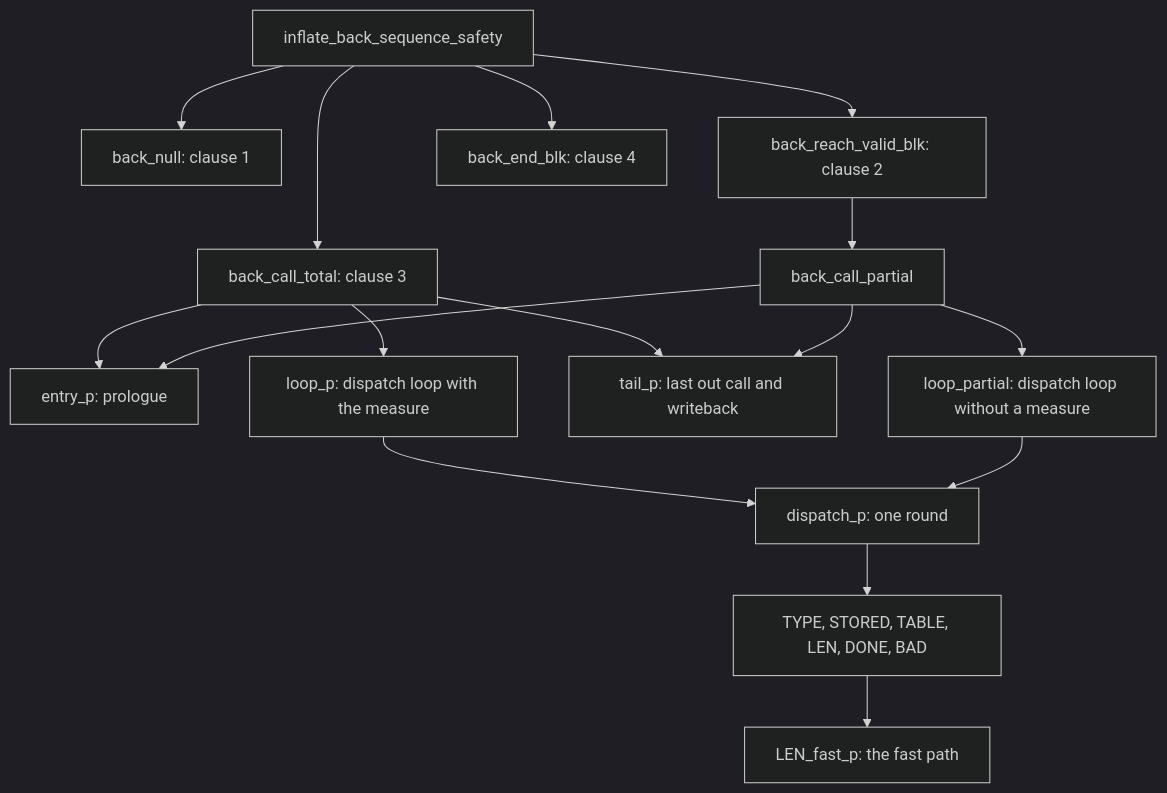
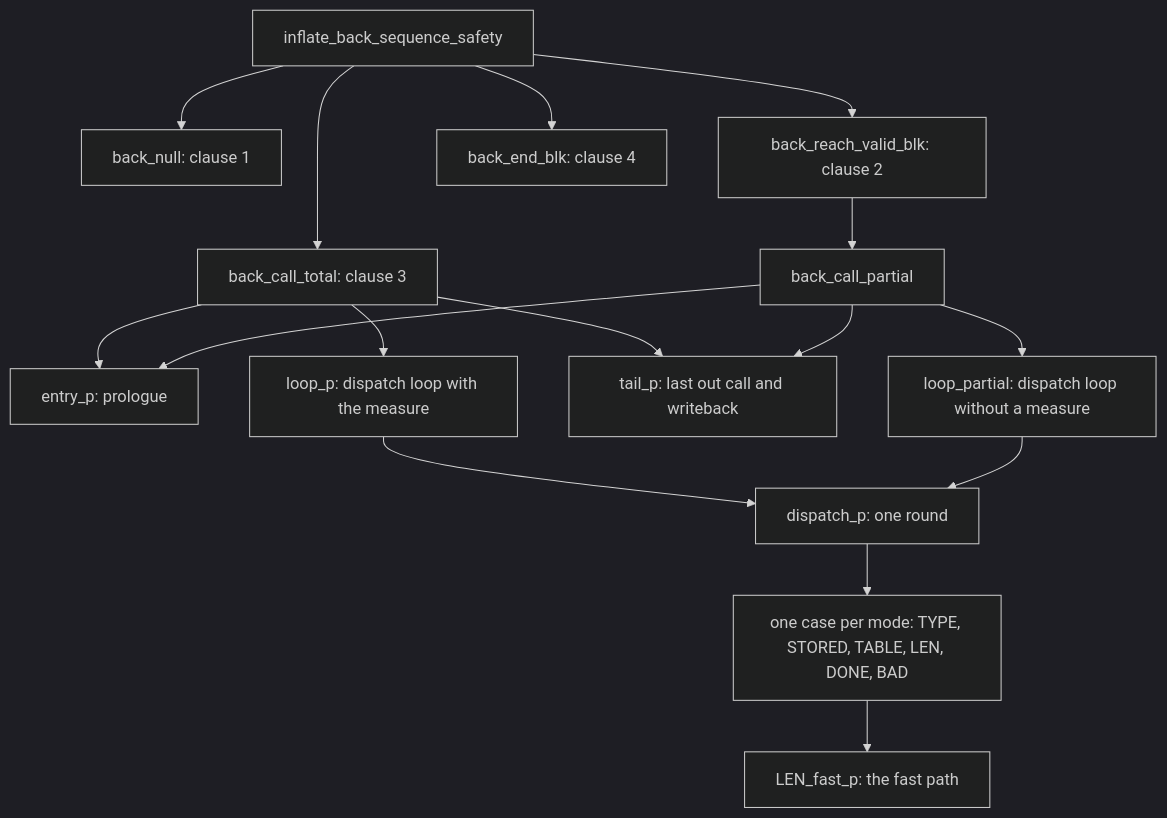
Before and after one commit to cla7aye15I4nd/oss-proof: the second of 2 diagrams in docs/proof/callbacks.md, drawn with Mermaid (dark theme). The commit also changed other lines of this file and 1 other file, not shown here.

````diff
--- a/docs/proof/callbacks.md
+++ b/docs/proof/callbacks.md
@@ -130,18 +200,18 @@
 ```mermaid
 flowchart TD
     G["inflate_back_sequence_safety"] --> N["back_null: clause 1"]
     G --> V["back_reach_valid_blk: clause 2"]
     G --> T["back_call_total: clause 3"]
     G --> E["back_end_blk: clause 4"]
     V --> P["back_call_partial"]
     T --> EN["entry_p: prologue"]
     T --> LP["loop_p: dispatch loop with the measure"]
     T --> TL["tail_p: last out call and writeback"]
     P --> EN
     P --> PL["loop_partial: dispatch loop without a measure"]
     P --> TL
     LP --> D["dispatch_p: one round"]
     PL --> D
-    D --> M["TYPE, STORED, TABLE, LEN, DONE, BAD"]
+    D --> M["one case per mode: TYPE, STORED, TABLE, LEN, DONE, BAD"]
     M --> F["LEN_fast_p: the fast path"]
 ```
````
